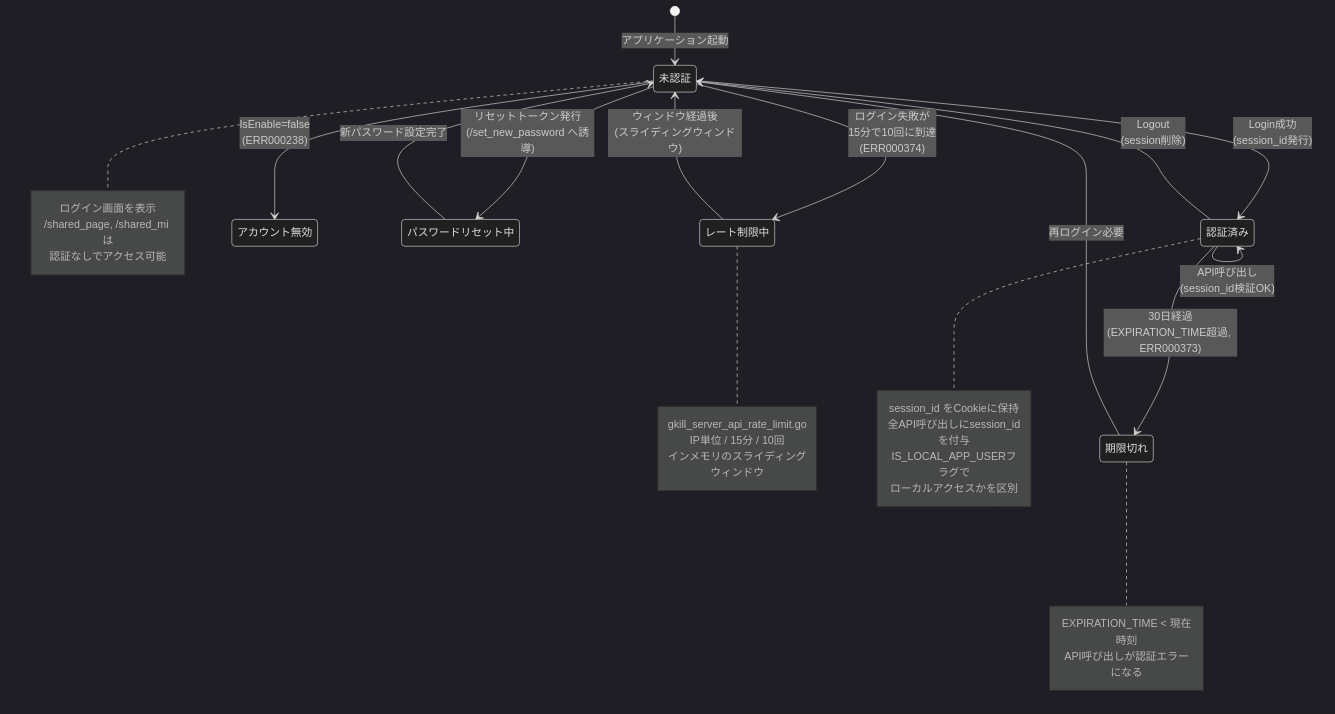
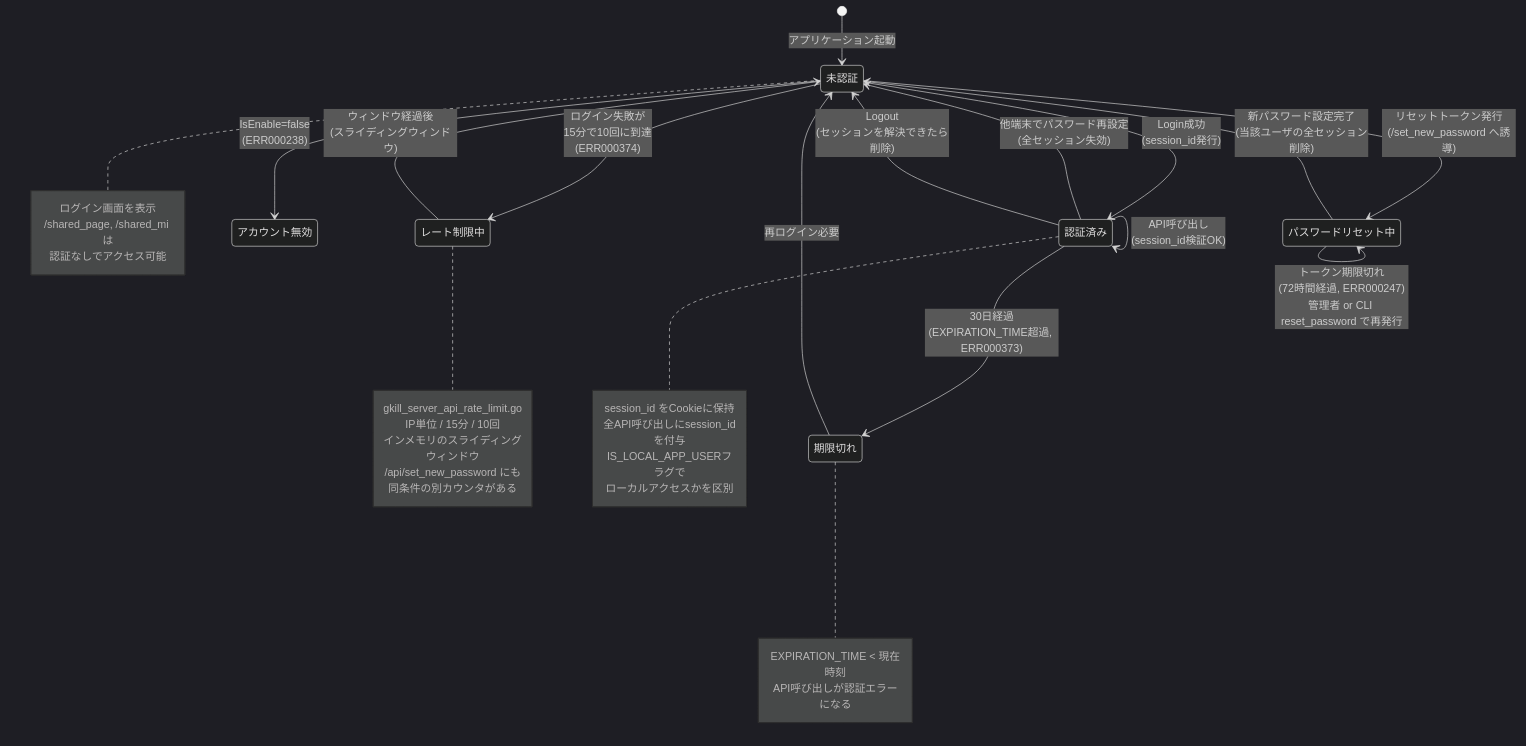
One commit to mt3hr/gkill changed the third of 10 diagrams in documents/reverse/state-machines.md. Above: the diagram before and after it, drawn with Mermaid (dark theme). The commit also changed 62 other files, not shown here.

````diff
--- a/documents/reverse/state-machines.md
+++ b/documents/reverse/state-machines.md
@@ -120,44 +120,49 @@
 ```mermaid
 stateDiagram-v2
     [*] --> 未認証: アプリケーション起動
 
     未認証 --> 認証済み: Login成功<br>(session_id発行)
     未認証 --> レート制限中: ログイン失敗が<br>15分で10回に到達<br>(ERR000374)
     レート制限中 --> 未認証: ウィンドウ経過後<br>(スライディングウィンドウ)
 
     未認証 --> アカウント無効: IsEnable=false<br>(ERR000238)
     未認証 --> パスワードリセット中: リセットトークン発行<br>(/set_new_password へ誘導)
-    パスワードリセット中 --> 未認証: 新パスワード設定完了
+    パスワードリセット中 --> 未認証: 新パスワード設定完了<br>(当該ユーザの全セッション削除)
+    パスワードリセット中 --> パスワードリセット中: トークン期限切れ<br>(72時間経過, ERR000247)<br>管理者 or CLI reset_password で再発行
 
-    認証済み --> 未認証: Logout<br>(session削除)
+    認証済み --> 未認証: 他端末でパスワード再設定<br>(全セッション失効)
+
+    認証済み --> 未認証: Logout<br>(セッションを解決できたら削除)
 
     認証済み --> 期限切れ: 30日経過<br>(EXPIRATION_TIME超過, ERR000373)
 
     期限切れ --> 未認証: 再ログイン必要
 
     認証済み --> 認証済み: API呼び出し<br>(session_id検証OK)
 
     note right of レート制限中
         gkill_server_api_rate_limit.go
         IP単位 / 15分 / 10回
         インメモリのスライディングウィンドウ
+        /api/set_new_password にも
+        同条件の別カウンタがある
     end note
 
     note right of 未認証
         ログイン画面を表示
         /shared_page, /shared_mi は
         認証なしでアクセス可能
     end note
 
     note right of 認証済み
         session_id をCookieに保持
         全API呼び出しにsession_idを付与
         IS_LOCAL_APP_USERフラグで
         ローカルアクセスかを区別
     end note
 
     note right of 期限切れ
         EXPIRATION_TIME < 現在時刻
         API呼び出しが認証エラーになる
     end note
 ```
````
